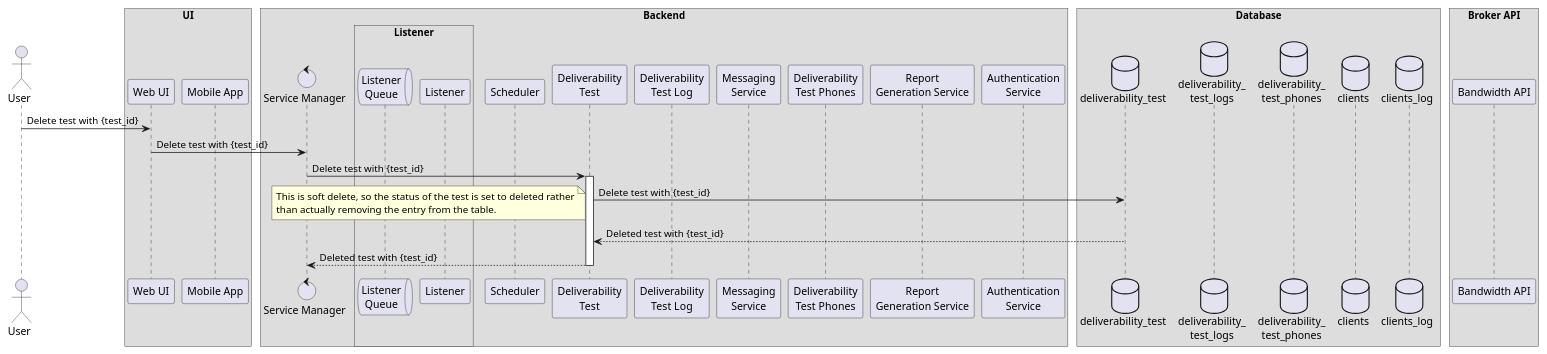
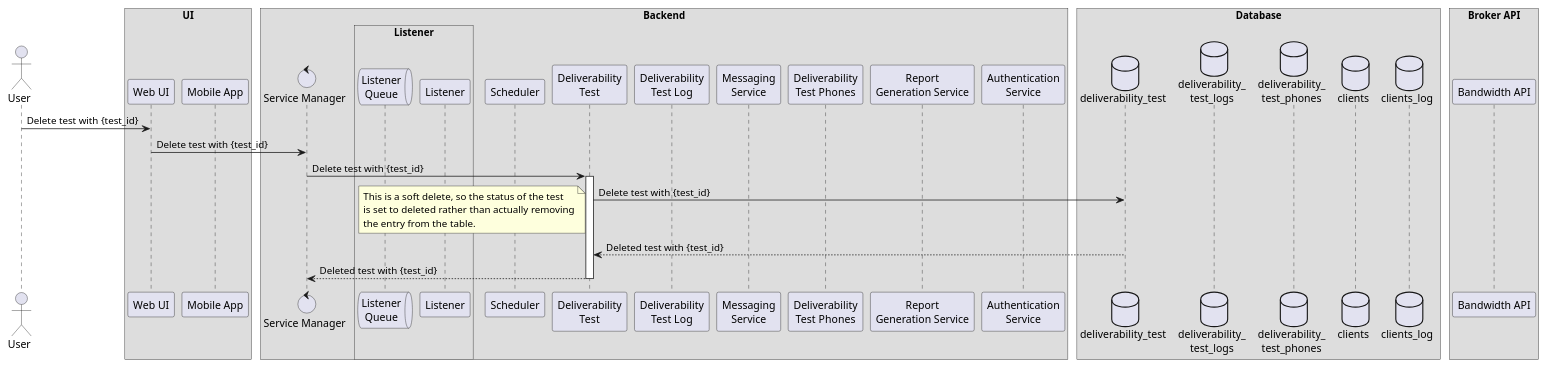
One commit to Xyz0074/testing-diagrams changed the diagram in src/sequence-diagrams/test-deletion-sequence-diagram.puml. Above: the diagram before and after it, drawn with PlantUML.

Commit message:
Fixed grammar.

```diff
--- a/src/sequence-diagrams/test-deletion-sequence-diagram.puml
+++ b/src/sequence-diagrams/test-deletion-sequence-diagram.puml
@@ -1,56 +1,57 @@
 @startuml
 !pragma teoz true
 /'Defines the protocol when user submits a scheduled test, either recurring or singleton.'/
 /'author: Luvai Cutlerywala <luvaidc@gmail.com>'/
 
 /'Define the actors and participants.'/
 actor User as user
 
 box UI
     participant "Web UI" as web_ui
     participant "Mobile App" as mobile_app
 end box
 
 box Backend
     control "Service Manager" as service_manager
 
     box Listener
         queue "Listener\nQueue" as listener_queue
         participant "Listener" as listener
     end box
 
     participant "Scheduler" as scheduler
     participant "Deliverability\nTest" as deliverability_test
     participant "Deliverability\nTest Log" as deliverability_test_log
     participant "Messaging\nService" as messenger
     participant "Deliverability\nTest Phones" as deliverability_test_phones
     participant "Report\nGeneration Service" as report_generator
     participant "Authentication\nService" as auth
 end box
 
 box Database
     database "deliverability_test" as dt
     database "deliverability_\ntest_logs" as dtl
     database "deliverability_\ntest_phones" as dtp
     database clients as clients
     database clients_log as cl
 end box
 
 box "Broker API"
     participant "Bandwidth API" as broker_api
 end box
 
 /'Defines the interactions and protocols between the microservices.'/
 user -> web_ui: Delete test with {test_id}
 web_ui -> service_manager: Delete test with {test_id}
 service_manager -> deliverability_test: Delete test with {test_id}
 activate deliverability_test
 deliverability_test -> dt: Delete test with {test_id}
 note left
-This is soft delete, so the status of the test is set to deleted rather
-than actually removing the entry from the table.
+This is a soft delete, so the status of the test
+is set to deleted rather than actually removing
+the entry from the table.
 end note
 dt --> deliverability_test: Deleted test with {test_id}
 deliverability_test --> service_manager: Deleted test with {test_id}
 deactivate deliverability_test
 @enduml
```
